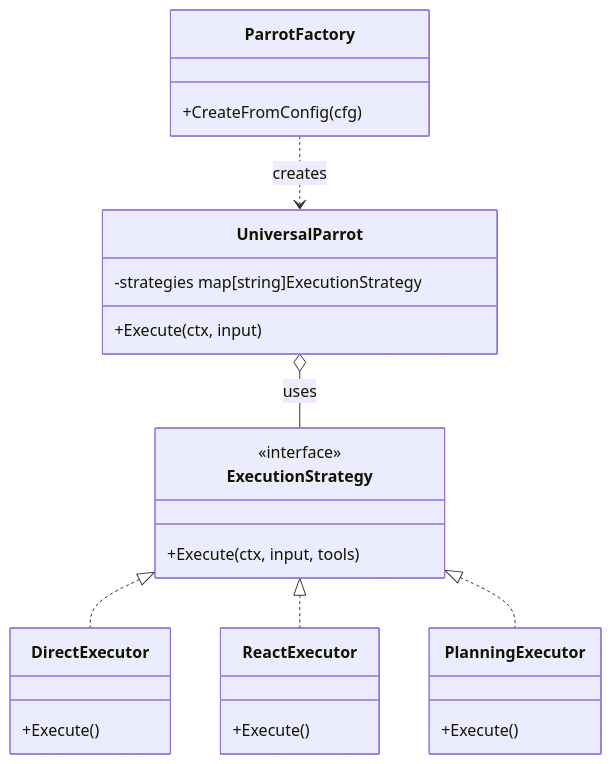
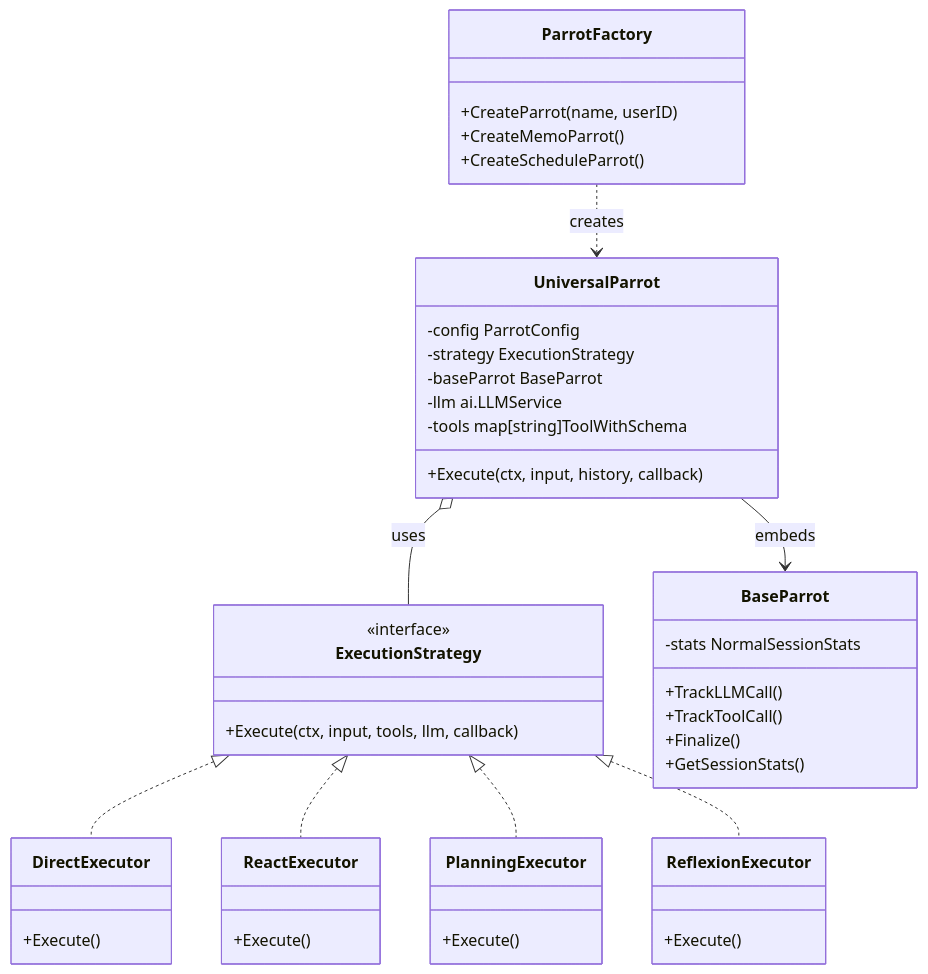
One commit to 88lin/divinesense changed the diagram in ai/agents/universal/README.md. Above: the diagram before and after it, drawn with Mermaid. The commit also changed other lines of this file and 27 other files, not shown here.

````diff
--- a/ai/agents/universal/README.md
+++ b/ai/agents/universal/README.md
@@ -7,29 +7,47 @@
 ```mermaid
 classDiagram
     class ParrotFactory {
-        +CreateFromConfig(cfg)
+        +CreateParrot(name, userID)
+        +CreateMemoParrot()
+        +CreateScheduleParrot()
     }
     class UniversalParrot {
-        -strategies map[string]ExecutionStrategy
-        +Execute(ctx, input)
+        -config ParrotConfig
+        -strategy ExecutionStrategy
+        -baseParrot BaseParrot
+        -llm ai.LLMService
+        -tools map[string]ToolWithSchema
+        +Execute(ctx, input, history, callback)
     }
     class ExecutionStrategy {
         <<interface>>
-        +Execute(ctx, input, tools)
+        +Execute(ctx, input, tools, llm, callback)
     }
     class DirectExecutor {
         +Execute()
     }
     class ReactExecutor {
         +Execute()
     }
     class PlanningExecutor {
         +Execute()
     }
-    
+    class ReflexionExecutor {
+        +Execute()
+    }
+    class BaseParrot {
+        -stats NormalSessionStats
+        +TrackLLMCall()
+        +TrackToolCall()
+        +Finalize()
+        +GetSessionStats()
+    }
+
     ParrotFactory ..> UniversalParrot : creates
     UniversalParrot o-- ExecutionStrategy : uses
+    UniversalParrot --> BaseParrot : embeds
     ExecutionStrategy <|.. DirectExecutor
     ExecutionStrategy <|.. ReactExecutor
     ExecutionStrategy <|.. PlanningExecutor
+    ExecutionStrategy <|.. ReflexionExecutor
 ```
````
